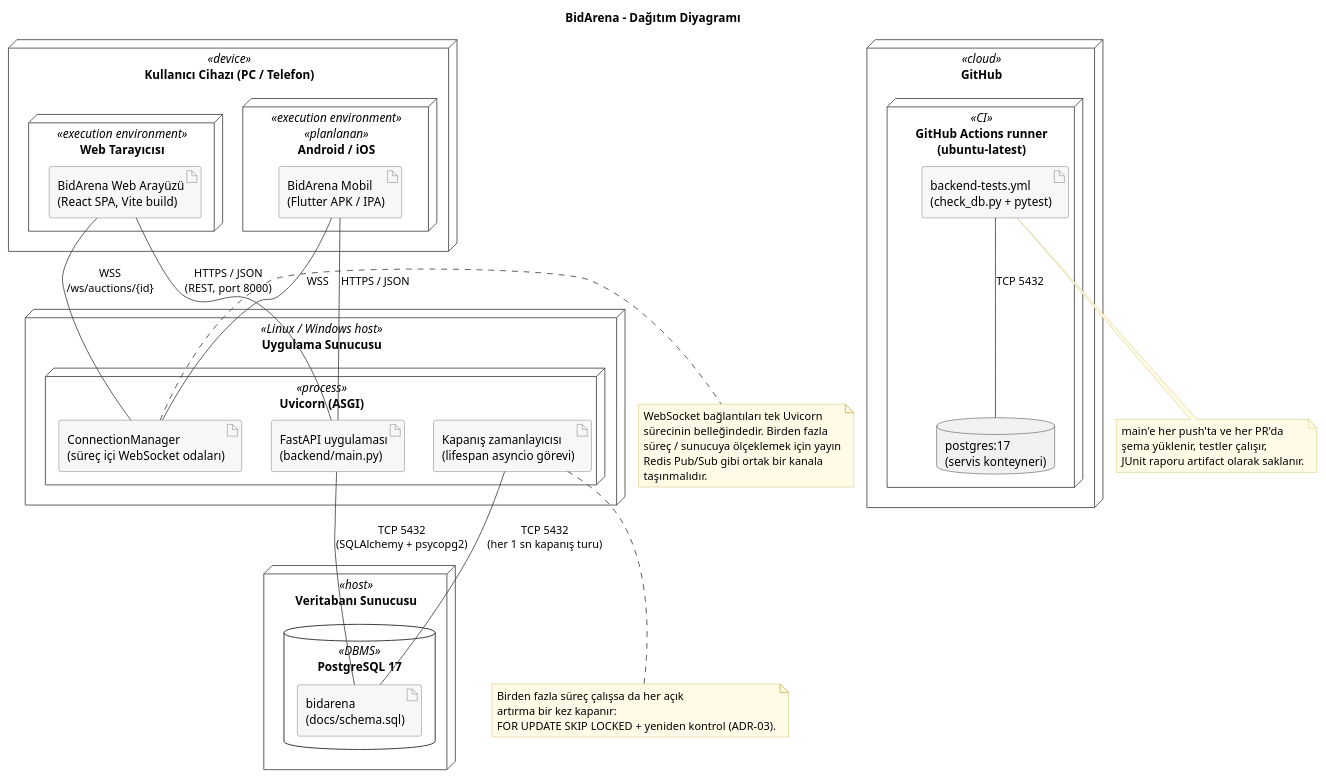
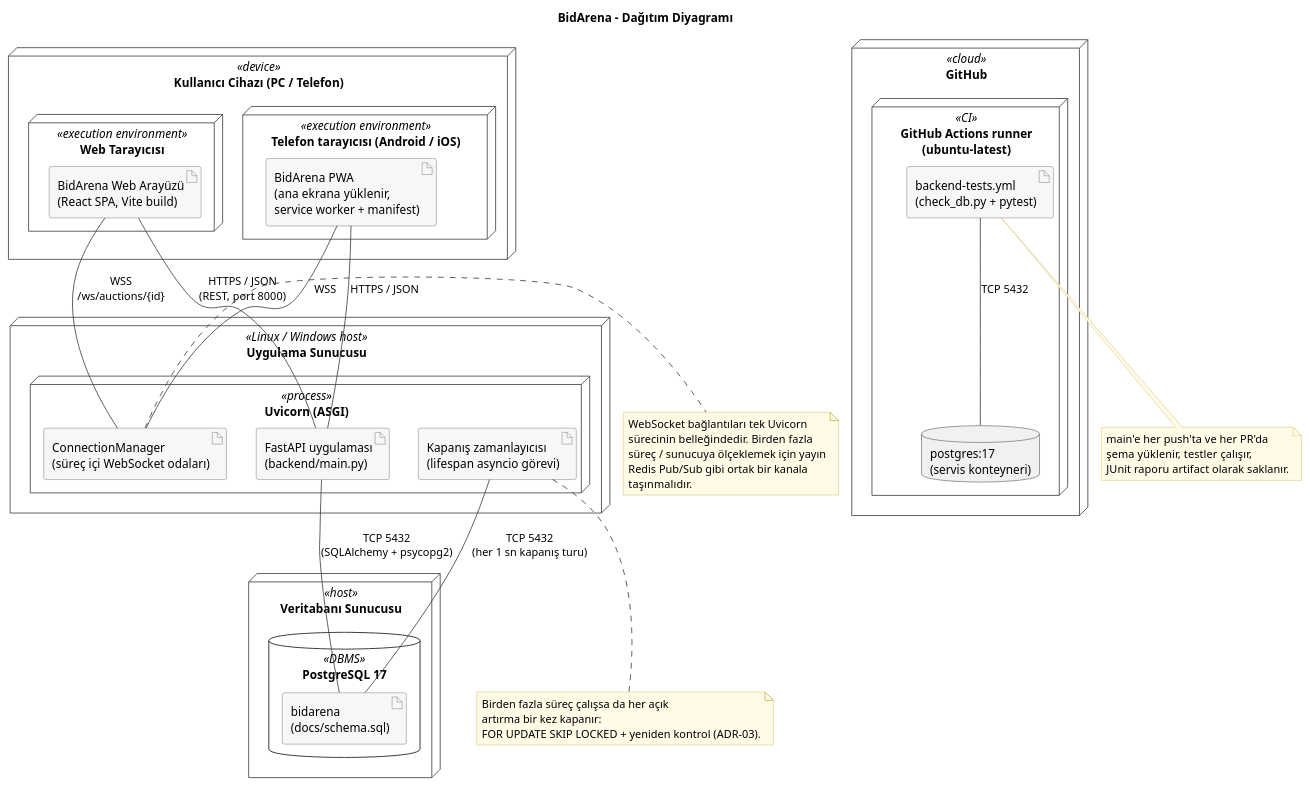
One commit to egegunduzer-lab/BidArena changed the diagram in docs/design/deployment-diagram.plantuml. Above: the diagram before and after it, drawn with PlantUML. The commit also changed 20 other files, not shown here.

First line of the commit message:
feat(frontend): mobil alıcı uygulaması (PWA)

```diff
--- a/docs/design/deployment-diagram.plantuml
+++ b/docs/design/deployment-diagram.plantuml
@@ -1,83 +1,83 @@
 @startuml Deployment Diagram - BidArena
 ' BidArena dağıtım diyagramı: prototipin gerçekte nasıl çalıştığı.
-' <<planlanan>> işaretli düğümler henüz yoktur.
+' Telefon, aynı React istemcisini PWA olarak çalıştırır (ADR-04).
 
 skinparam shadowing false
 skinparam defaultFontName Arial
 skinparam ArrowColor #444444
 skinparam node {
   BackgroundColor #FFFFFF
   BorderColor #444444
 }
 skinparam artifact {
   BackgroundColor #F7F7F7
   BorderColor #666666
 }
 skinparam note {
   BackgroundColor #FFFBE6
   BorderColor #C9B458
 }
 
 title BidArena - Dağıtım Diyagramı
 
 node "Kullanıcı Cihazı (PC / Telefon)" <<device>> {
   node "Web Tarayıcısı" <<execution environment>> {
     artifact "BidArena Web Arayüzü\n(React SPA, Vite build)" as WebApp
   }
-  node "Android / iOS" <<execution environment>> <<planlanan>> {
-    artifact "BidArena Mobil\n(Flutter APK / IPA)" as MobileApp
+  node "Telefon tarayıcısı (Android / iOS)" <<execution environment>> {
+    artifact "BidArena PWA\n(ana ekrana yüklenir,\nservice worker + manifest)" as MobileApp
   }
 }
 
 node "Uygulama Sunucusu" <<Linux / Windows host>> {
   node "Uvicorn (ASGI)" <<process>> {
     artifact "FastAPI uygulaması\n(backend/main.py)" as Backend
     artifact "Kapanış zamanlayıcısı\n(lifespan asyncio görevi)" as Closer
     artifact "ConnectionManager\n(süreç içi WebSocket odaları)" as Rooms
   }
 }
 
 node "Veritabanı Sunucusu" <<host>> {
   database "PostgreSQL 17" <<DBMS>> {
     artifact "bidarena\n(docs/schema.sql)" as DBData
   }
 }
 
 node "GitHub" <<cloud>> {
   node "GitHub Actions runner\n(ubuntu-latest)" <<CI>> {
     artifact "backend-tests.yml\n(check_db.py + pytest)" as CI
     database "postgres:17\n(servis konteyneri)" as CIDB
   }
 }
 
 WebApp -- Backend : HTTPS / JSON\n(REST, port 8000)
 WebApp -- Rooms : WSS\n/ws/auctions/{id}
 MobileApp -- Backend : HTTPS / JSON
 MobileApp -- Rooms : WSS
 
 Backend -- DBData : TCP 5432\n(SQLAlchemy + psycopg2)
 Closer -- DBData : TCP 5432\n(her 1 sn kapanış turu)
 
 CI -- CIDB : TCP 5432
 
 note right of Rooms
   WebSocket bağlantıları tek Uvicorn
   sürecinin belleğindedir. Birden fazla
   süreç / sunucuya ölçeklemek için yayın
   Redis Pub/Sub gibi ortak bir kanala
   taşınmalıdır.
 end note
 
 note bottom of Closer
   Birden fazla süreç çalışsa da her açık
   artırma bir kez kapanır:
   FOR UPDATE SKIP LOCKED + yeniden kontrol (ADR-03).
 end note
 
 note bottom of CI
   main'e her push'ta ve her PR'da
   şema yüklenir, testler çalışır,
   JUnit raporu artifact olarak saklanır.
 end note
 
 @enduml
```
